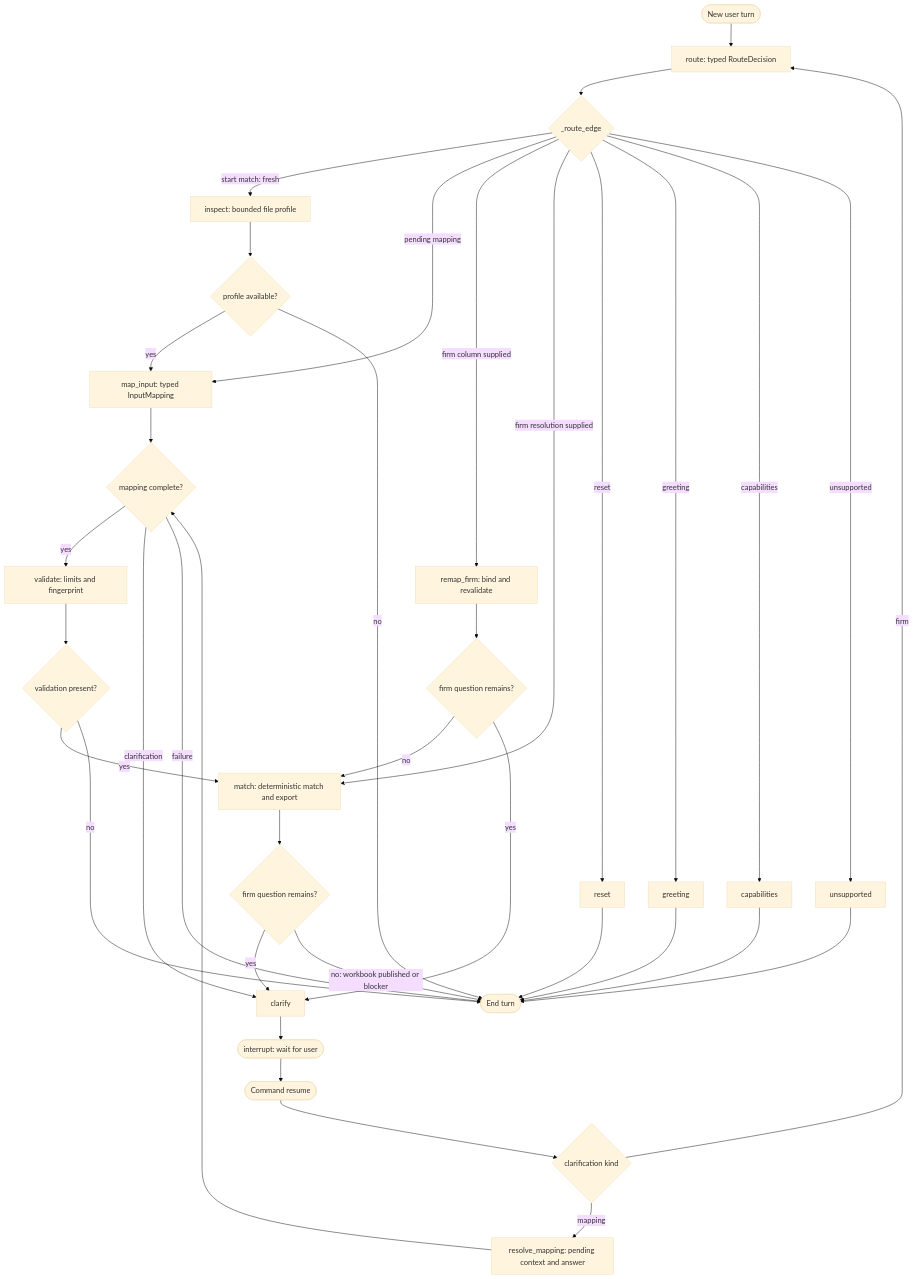
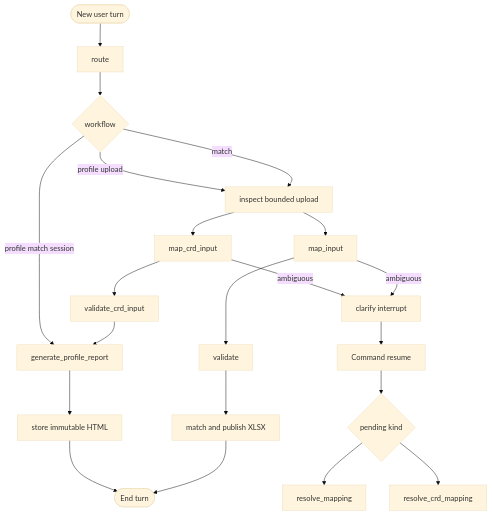
The second of 2 diagrams in advisor-match-agent/docs/ADVISOR_MATCH_ARCHITECTURE.md (lizequnwz/deepagents-agents), drawn with Mermaid (base theme) before and after one commit. The commit also changed other lines of this file and 35 other files, not shown here.

First line of the commit message:
feat: Add support for generating advisor profile reports from CRD numbers

````diff
--- a/advisor-match-agent/docs/ADVISOR_MATCH_ARCHITECTURE.md
+++ b/advisor-match-agent/docs/ADVISOR_MATCH_ARCHITECTURE.md
@@ -63,47 +39,27 @@
 ```mermaid
 flowchart TD
-    START([New user turn]) --> route[route: typed RouteDecision]
-    route --> route_edge{_route_edge}
+    START([New user turn]) --> route[route]
+    route --> choice{workflow}
 
-    route_edge -->|start match: fresh| inspect[inspect: bounded file profile]
-    route_edge -->|pending mapping| map_input[map_input: typed InputMapping]
-    route_edge -->|firm column supplied| remap_firm[remap_firm: bind and revalidate]
-    route_edge -->|firm resolution supplied| match[match: deterministic match and export]
-    route_edge -->|reset| reset[reset]
-    route_edge -->|greeting| greeting[greeting]
-    route_edge -->|capabilities| capabilities[capabilities]
-    route_edge -->|unsupported| unsupported[unsupported]
+    choice -->|match| inspect[inspect bounded upload]
+    inspect --> map_input[map_input]
+    map_input --> validate[validate]
+    validate --> match[match and publish XLSX]
+    match --> END([End turn])
 
-    inspect --> after_inspect{profile available?}
-    after_inspect -->|yes| map_input
-    after_inspect -->|no| END([End turn])
+    choice -->|profile upload| inspect
+    inspect --> map_crd[map_crd_input]
+    map_crd --> validate_crd[validate_crd_input]
+    validate_crd --> report[generate_profile_report]
 
-    map_input --> after_mapping{mapping complete?}
-    resolve_mapping[resolve_mapping: pending context and answer] --> after_mapping
-    after_mapping -->|yes| validate[validate: limits and fingerprint]
-    after_mapping -->|clarification| clarify[clarify]
-    after_mapping -->|failure| END
+    choice -->|profile match session| report
+    report --> publish[store immutable HTML]
+    publish --> END
 
-    clarify --> interrupt([interrupt: wait for user])
-    interrupt --> resume([Command resume])
-    resume --> after_clarify{clarification kind}
-    after_clarify -->|mapping| resolve_mapping
-    after_clarify -->|firm| route
-
-    validate --> after_validation{validation present?}
-    after_validation -->|yes| match
-    after_validation -->|no| END
-
-    remap_firm --> after_remap{firm question remains?}
-    after_remap -->|no| match
-    after_remap -->|yes| clarify
-
-    match --> after_match{firm question remains?}
-    after_match -->|yes| clarify
-    after_match -->|no: workbook published or blocker| END
-
-    reset --> END
-    greeting --> END
-    capabilities --> END
-    unsupported --> END
+    map_input -->|ambiguous| clarify[clarify interrupt]
+    map_crd -->|ambiguous| clarify
+    clarify --> resume[Command resume]
+    resume --> resolve{pending kind}
+    resolve --> resolve_mapping[resolve_mapping]
+    resolve --> resolve_crd[resolve_crd_mapping]
 ```
````
